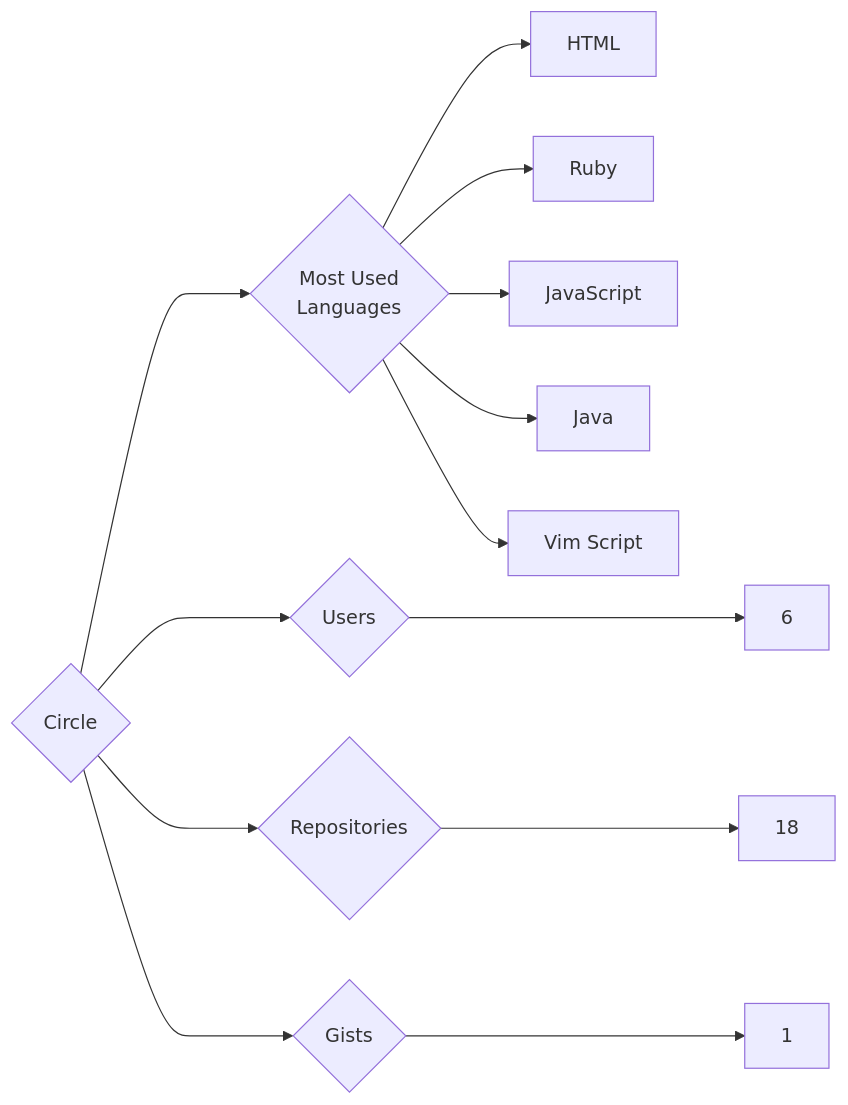
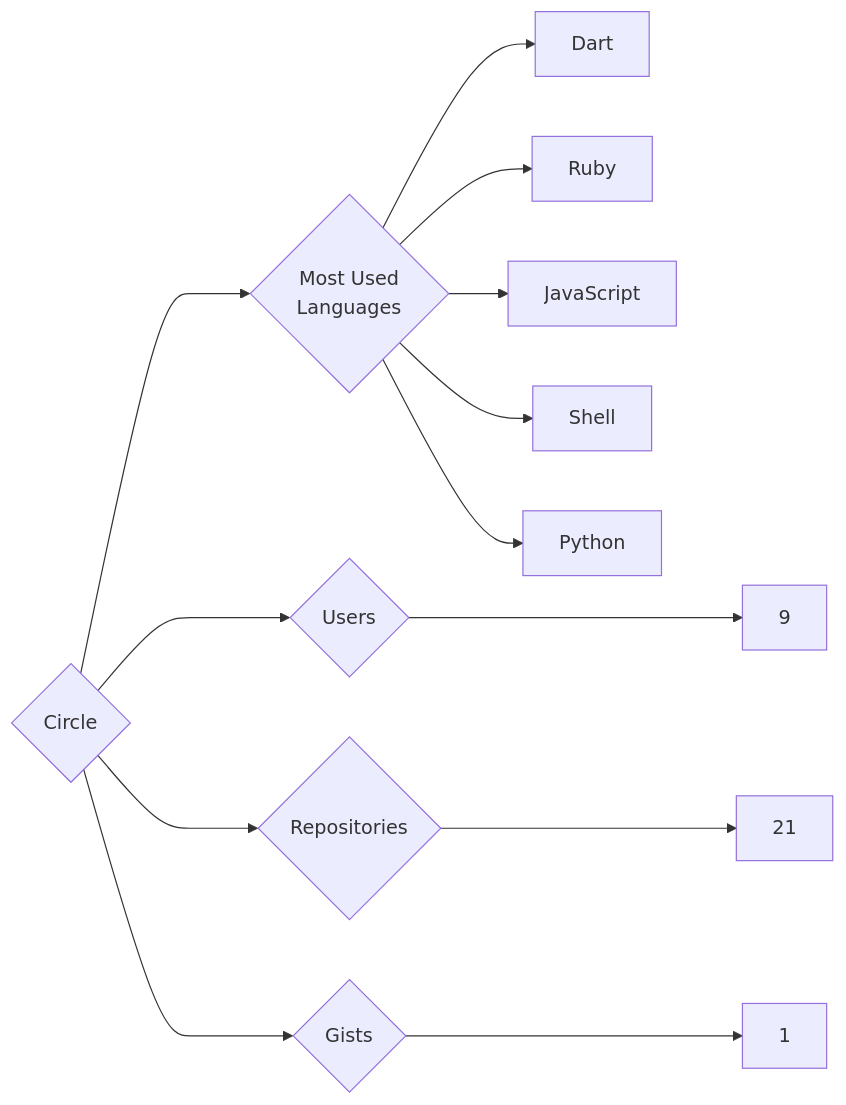
The diagram in targets/Circle/README.md (trickest/insiders), drawn with Mermaid before and after one commit. The commit also changed 1007 other files, not shown here.

````diff
--- a/targets/Circle/README.md
+++ b/targets/Circle/README.md
@@ -3,13 +3,13 @@
 ```mermaid
 graph LR
 COMPANY_NAME{Circle}
-COMPANY_NAME ---> U{Users} ---> UN[6]
-COMPANY_NAME ---> R{Repositories} ---> RN[18]
+COMPANY_NAME ---> U{Users} ---> UN[9]
+COMPANY_NAME ---> R{Repositories} ---> RN[21]
 COMPANY_NAME ---> G{Gists} ---> GN[1]
 COMPANY_NAME ---> ML{Most Used<br>Languages}
-ML --> HTML[HTML]
+ML --> Dart[Dart]
 ML --> Ruby[Ruby]
 ML --> JavaScript[JavaScript]
-ML --> Java[Java]
-ML --> Vim_Script[Vim Script]
+ML --> Shell[Shell]
+ML --> Python[Python]
 ```
````
